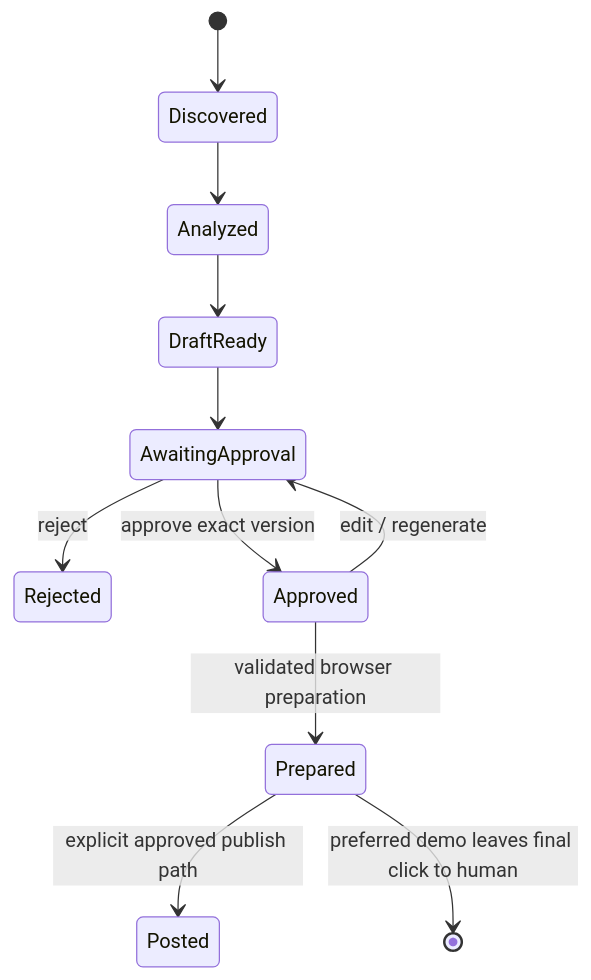
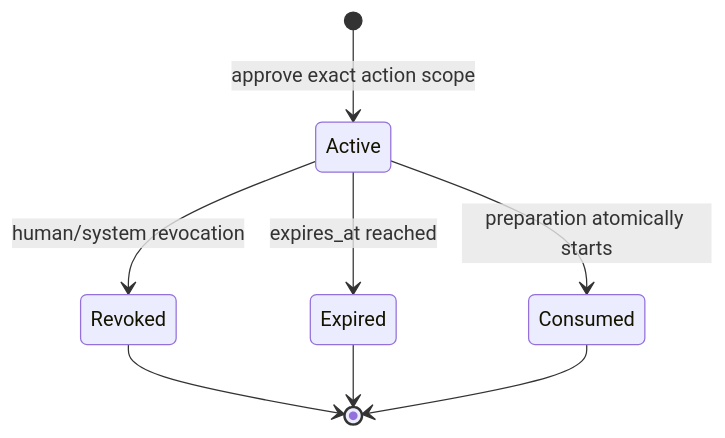
One commit to harihkim/aptori_outreach changed the diagram in social_intelligence_markdown/docs/architecture/approval-security.md. Above: the diagram before and after it, drawn with Mermaid. The commit also changed other lines of this file and 37 other files, not shown here.

````diff
--- a/social_intelligence_markdown/docs/architecture/approval-security.md
+++ b/social_intelligence_markdown/docs/architecture/approval-security.md
@@ -8,13 +62,10 @@
 ```mermaid
 stateDiagram-v2
-    [*] --> Discovered
-    Discovered --> Analyzed
-    Analyzed --> DraftReady
-    DraftReady --> AwaitingApproval
-    AwaitingApproval --> Rejected: reject
-    AwaitingApproval --> Approved: approve exact version
-    Approved --> AwaitingApproval: edit / regenerate
-    Approved --> Prepared: validated browser preparation
-    Prepared --> Posted: explicit approved publish path
-    Prepared --> [*]: preferred demo leaves final click to human
+    [*] --> Active: approve exact action scope
+    Active --> Revoked: human/system revocation
+    Active --> Expired: expires_at reached
+    Active --> Consumed: preparation atomically starts
+    Revoked --> [*]
+    Expired --> [*]
+    Consumed --> [*]
 ```
````
